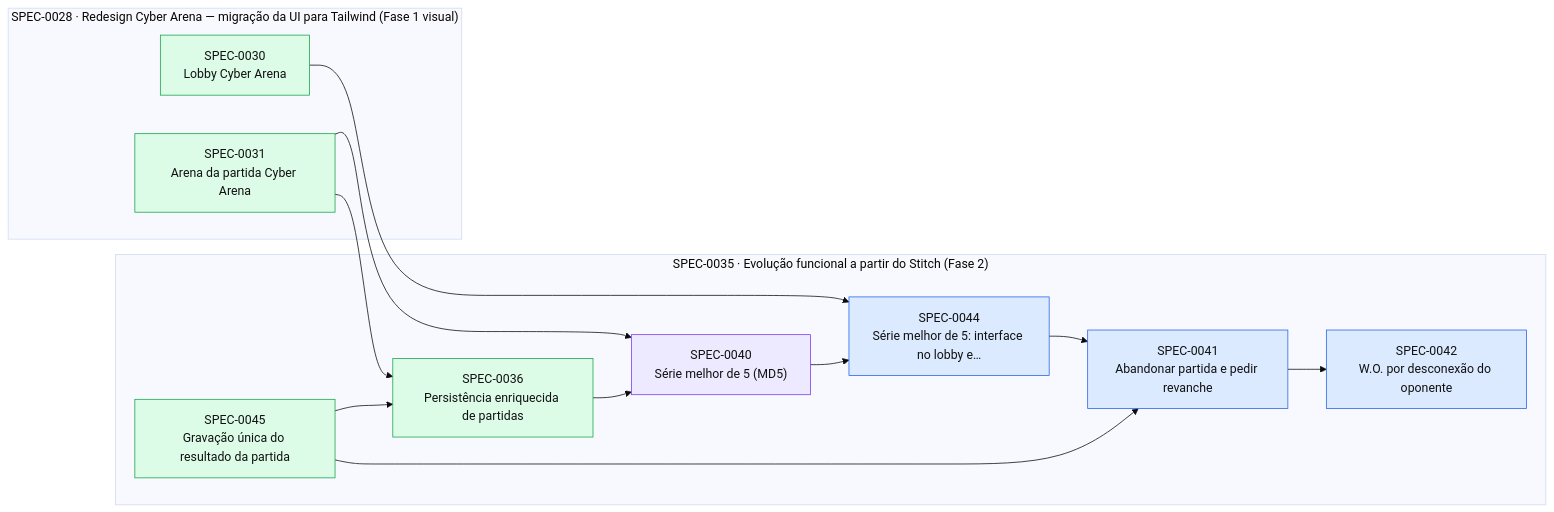
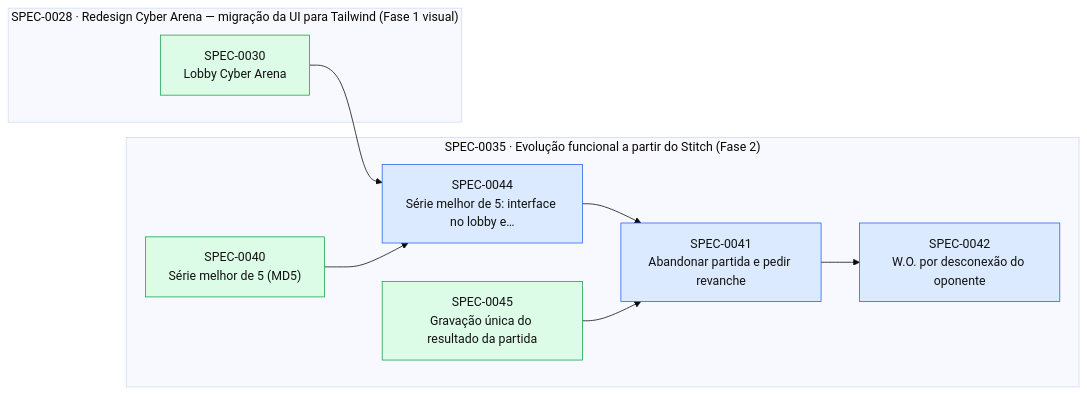
Before and after one commit to thomasravache/jogo-da-velha-multiplayer: the diagram in docs/specs/INDEX.md, drawn with Mermaid (base theme). The commit also changed other lines of this file and 2 other files, not shown here.

First line of the commit message:
docs(specs): fechar SPEC-0040 (relatório de entrega e CHANGELOG)

````diff
--- a/docs/specs/INDEX.md
+++ b/docs/specs/INDEX.md
@@ -39,29 +38,23 @@
 ```mermaid
 flowchart LR
   subgraph E0028["SPEC-0028 · Redesign Cyber Arena — migração da UI para Tailwind (Fase 1 visual)"]
     S0030["SPEC-0030<br/>Lobby Cyber Arena"]:::implemented
-    S0031["SPEC-0031<br/>Arena da partida Cyber Arena"]:::implemented
   end
   subgraph E0035["SPEC-0035 · Evolução funcional a partir do Stitch (Fase 2)"]
-    S0036["SPEC-0036<br/>Persistência enriquecida de partidas"]:::implemented
-    S0040["SPEC-0040<br/>Série melhor de 5 (MD5)"]:::inprogress
+    S0040["SPEC-0040<br/>Série melhor de 5 (MD5)"]:::implemented
     S0041["SPEC-0041<br/>Abandonar partida e pedir revanche"]:::approved
     S0042["SPEC-0042<br/>W.O. por desconexão do oponente"]:::approved
     S0044["SPEC-0044<br/>Série melhor de 5: interface no lobby e…"]:::approved
     S0045["SPEC-0045<br/>Gravação única do resultado da partida"]:::implemented
   end
-  S0031 --> S0036
-  S0045 --> S0036
-  S0031 --> S0040
-  S0036 --> S0040
   S0044 --> S0041
   S0045 --> S0041
   S0041 --> S0042
   S0030 --> S0044
   S0040 --> S0044
   classDef proposed fill:#fef3c7,stroke:#d97706,color:#111
   classDef approved fill:#dbeafe,stroke:#2563eb,color:#111
   classDef inprogress fill:#ede9fe,stroke:#7c3aed,color:#111
   classDef implemented fill:#dcfce7,stroke:#16a34a,color:#111
   classDef deprecated fill:#f3f4f6,stroke:#9ca3af,color:#6b7280
 ```
````
